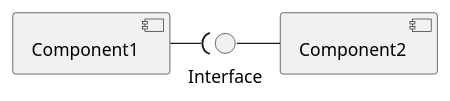
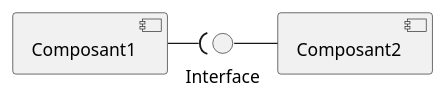
Before and after one commit to gigl-uml/Guide_uml_polymtl: the diagram in plant_uml/assemblyConnectorsExample.plantuml, drawn with PlantUML. The commit also changed 10 other files, not shown here.

```diff
--- a/plant_uml/assemblyConnectorsExample.plantuml
+++ b/plant_uml/assemblyConnectorsExample.plantuml
@@ -1,9 +1,9 @@
 @startuml
 skinparam backgroundcolor transparent
-component Component1
-component Component2
+component Composant1
+component Composant2
 circle Interface
 
-Component1 -r-( Interface
-Interface -r- Component2
+Composant1 -r-( Interface
+Interface -r- Composant2
 @enduml
```
